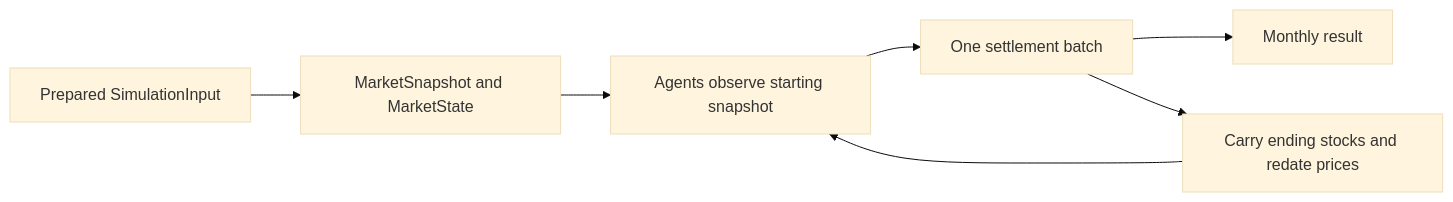
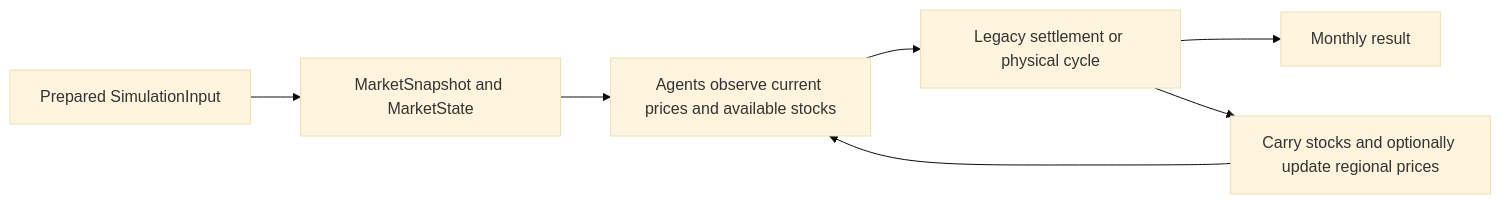
Before and after one commit to Arkadiusz4/soybean-crush-simulator: the diagram in docs/architecture.md, drawn with Mermaid (base theme). The commit also changed other lines of this file and 7 other files, not shown here.

````diff
--- a/docs/architecture.md
+++ b/docs/architecture.md
@@ -418,9 +422,9 @@
 ```mermaid
 flowchart LR
     Data[Prepared SimulationInput] --> State[MarketSnapshot and MarketState]
-    State --> Agents[Agents observe starting snapshot]
-    Agents --> Settlement[One settlement batch]
+    State --> Agents[Agents observe current prices and available stocks]
+    Agents --> Settlement[Legacy settlement or physical cycle]
     Settlement --> History[Monthly result]
-    Settlement --> Next[Carry ending stocks and redate prices]
+    Settlement --> Next[Carry stocks and optionally update regional prices]
     Next --> Agents
 ```
````
